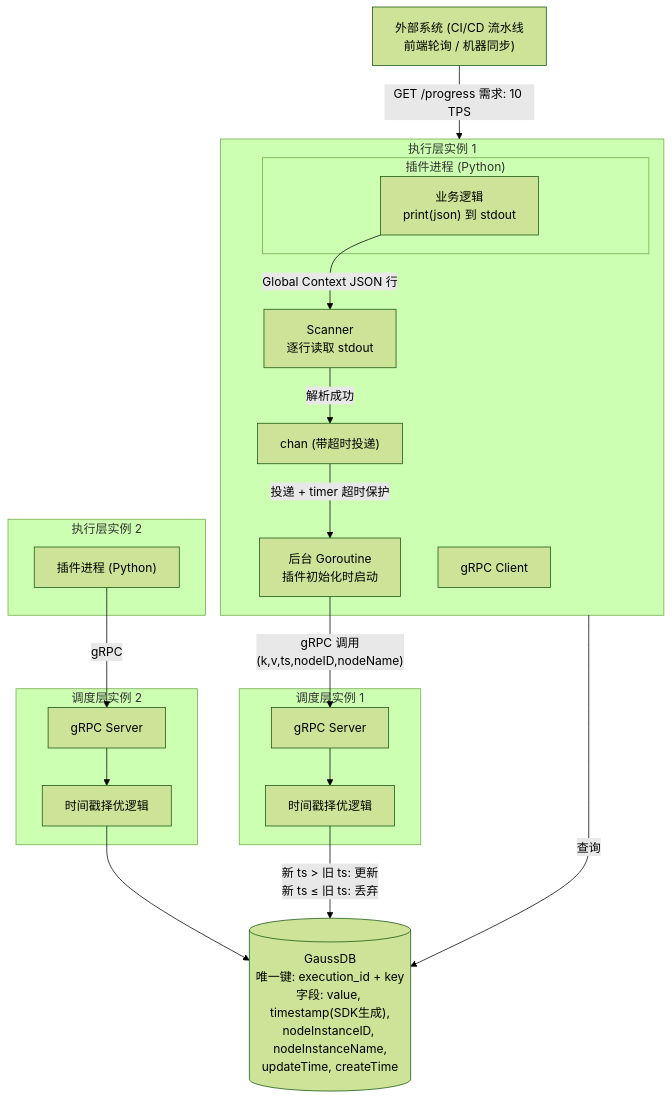
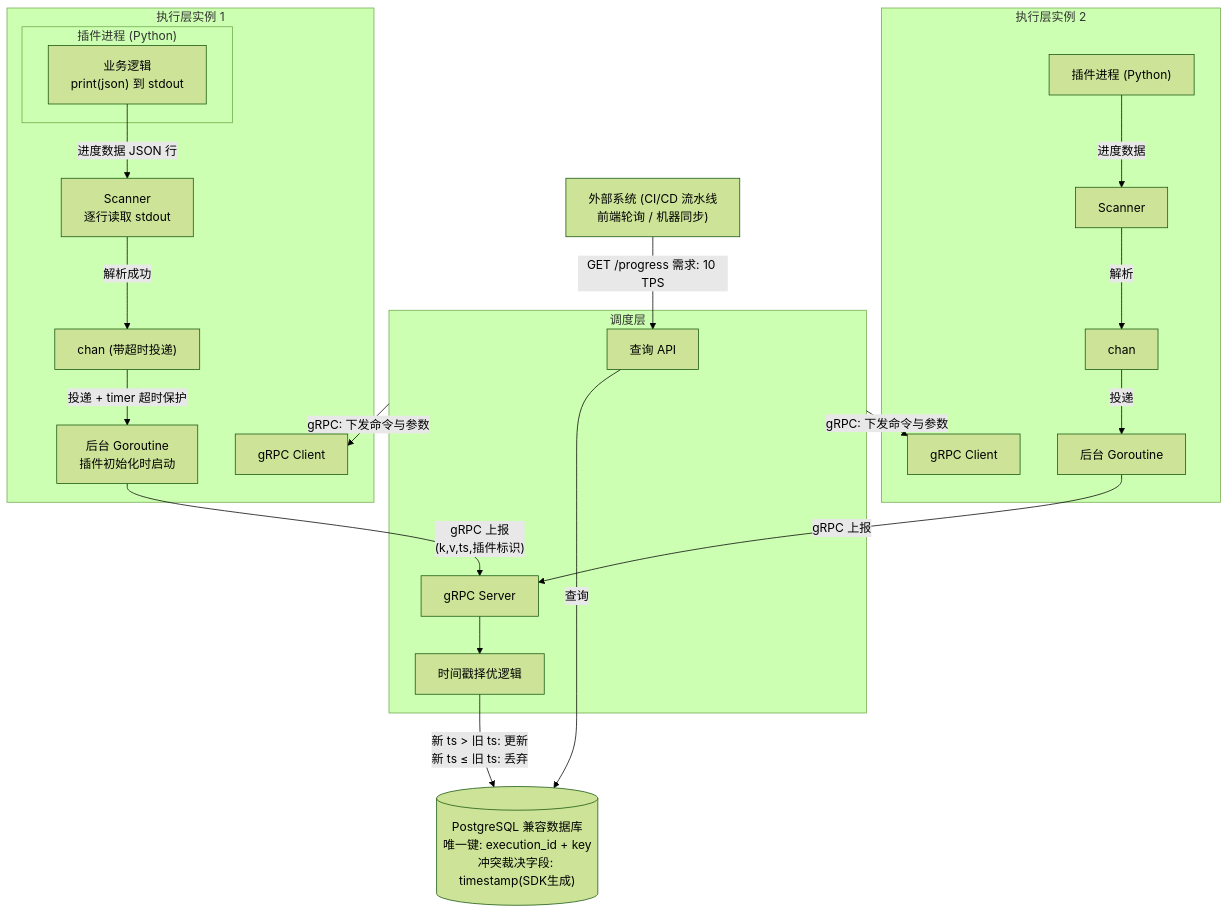
Before and after one commit to LFlops/lflops.github.io: the diagram in src/posts/distributed-write-without-redis.md, drawn with Mermaid (forest theme). The commit also changed other lines of this file, not shown here.

Commit message:
Global Context 更新数据流图并脱敏

````diff
--- a/src/posts/distributed-write-without-redis.md
+++ b/src/posts/distributed-write-without-redis.md
@@ -33,43 +33,49 @@
 ```mermaid
 flowchart TB
     subgraph exec1["执行层实例 1"]
         subgraph plugin["插件进程 (Python)"]
             P1["业务逻辑<br/>print(json) 到 stdout"]
         end
         SCANNER["Scanner<br/>逐行读取 stdout"]
         CHAN["chan (带超时投递)"]
         BG["后台 Goroutine<br/>插件初始化时启动"]
-        GRPC1["gRPC Client"]
+        GRPC_CLI1["gRPC Client"]
     end
 
     subgraph exec2["执行层实例 2"]
         P2["插件进程 (Python)"]
+        SCANNER2["Scanner"]
+        CHAN2["chan"]
+        BG2["后台 Goroutine"]
+        GRPC_CLI2["gRPC Client"]
     end
 
-    subgraph sched1["调度层实例 1"]
-        GRPC_SRV1["gRPC Server"]
+    subgraph sched["调度层"]
+        API["查询 API"]
+        GRPC_SRV["gRPC Server"]
         RESOLVER["时间戳择优逻辑"]
     end
 
-    subgraph sched2["调度层实例 2"]
-        GRPC_SRV2["gRPC Server"]
-        RESOLVER2["时间戳择优逻辑"]
-    end
-
-    DB[("GaussDB<br/>唯一键: execution_id + key<br/>字段: value, timestamp(SDK生成),<br/>nodeInstanceID, nodeInstanceName,<br/>updateTime, createTime")]
+    DB[("PostgreSQL 兼容数据库<br/>唯一键: execution_id + key<br/>冲突裁决字段: timestamp(SDK生成)")]
 
     EXT["外部系统 (CI/CD 流水线<br/>前端轮询 / 机器同步)"]
 
-    P1 -->|"Global Context JSON 行"| SCANNER
+    sched -->|"gRPC: 下发命令与参数"| GRPC_CLI1
+    sched -->|"gRPC: 下发命令与参数"| GRPC_CLI2
+
+    P1 -->|"进度数据 JSON 行"| SCANNER
     SCANNER -->|"解析成功"| CHAN
     CHAN -->|"投递 + timer 超时保护"| BG
-    BG -->|"gRPC 调用<br/>(k,v,ts,nodeID,nodeName)"| GRPC_SRV1
-    GRPC_SRV1 --> RESOLVER
+    BG -->|"gRPC 上报<br/>(k,v,ts,插件标识)"| GRPC_SRV
+
+    P2 -->|"进度数据"| SCANNER2
+    SCANNER2 -->|"解析"| CHAN2
+    CHAN2 -->|"投递"| BG2
+    BG2 -->|"gRPC 上报"| GRPC_SRV
+
+    GRPC_SRV --> RESOLVER
     RESOLVER -->|"新 ts > 旧 ts: 更新<br/>新 ts ≤ 旧 ts: 丢弃"| DB
 
-    P2 -->|gRPC| GRPC_SRV2
-    GRPC_SRV2 --> RESOLVER2 --> DB
-
-    EXT -->|"GET /progress 需求: 10 TPS"| exec1
-    exec1 -->|"查询"| DB
+    EXT -->|"GET /progress 需求: 10 TPS"| API
+    API -->|"查询"| DB
 ```
````
